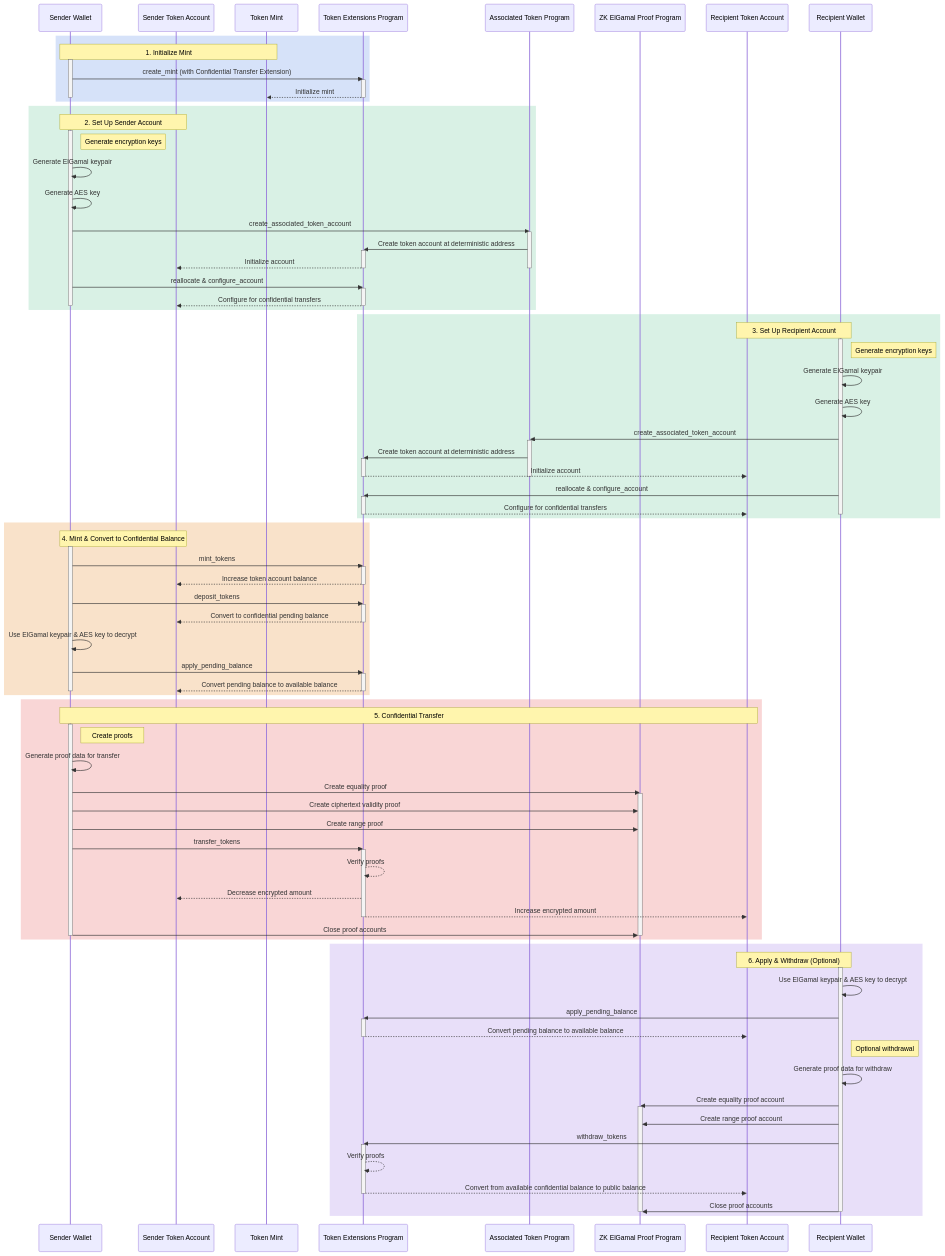
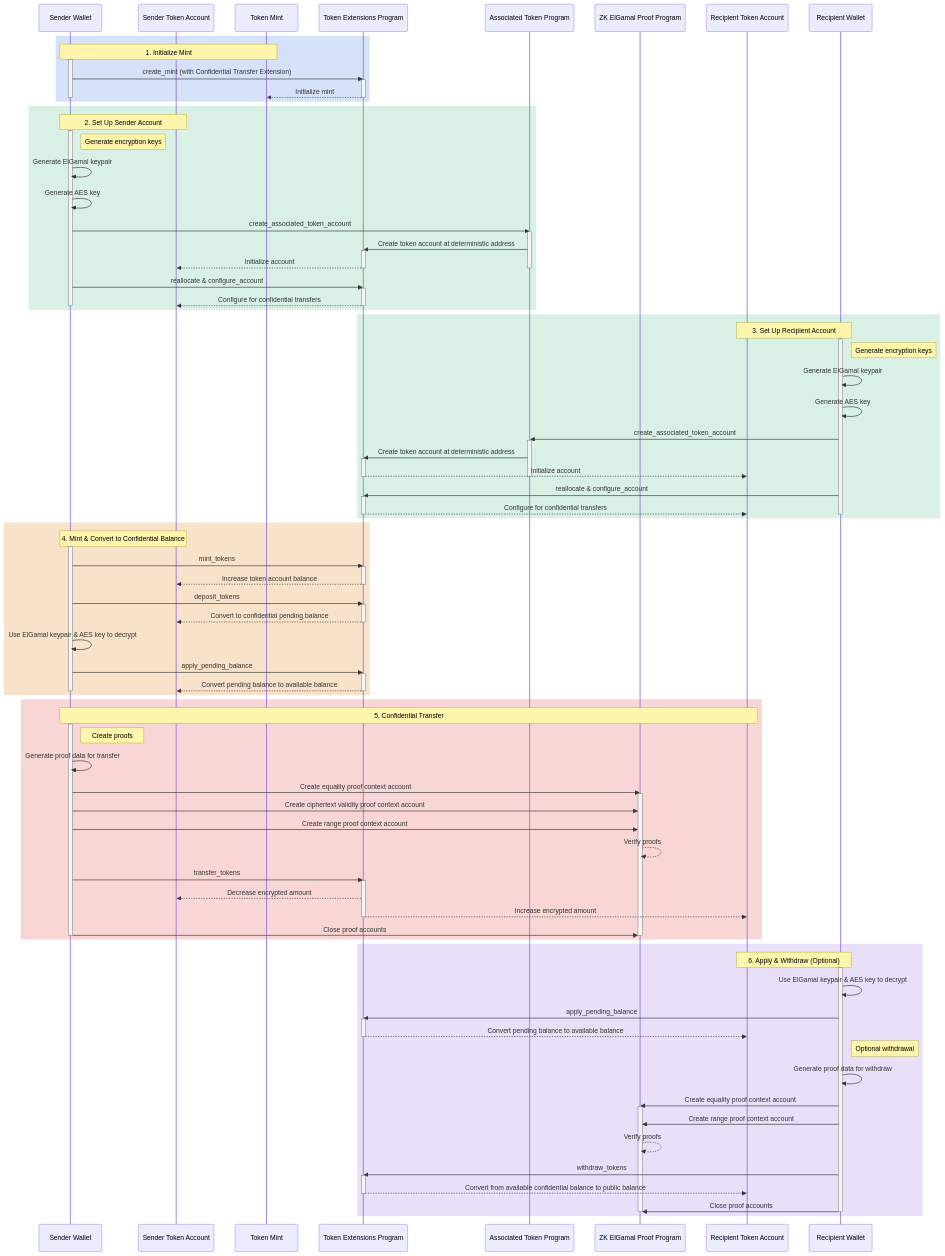
One commit to solana-foundation/solana-com changed the second of 2 diagrams in content/docs/tokens/extensions/confidential-transfer/index.mdx. Above: the diagram before and after it, drawn with Mermaid. The commit also changed other lines of this file and 6 other files, not shown here.

````diff
--- a/content/docs/tokens/extensions/confidential-transfer/index.mdx
+++ b/content/docs/tokens/extensions/confidential-transfer/index.mdx
@@ -113,4 +104,4 @@
-```mermaid title="Confidential Transfer Detailed Sequence"
+```mermaid title="Confidential Transfer Detailed Overview"
 sequenceDiagram
     participant Sender as Sender Wallet
     participant SenderAccount as Sender Token Account
@@ -207,14 +198,14 @@
     Note right of Sender: Create proofs
     Sender->>Sender: Generate proof data for transfer
 
-    Sender->>ElGamal: Create equality proof
+    Sender->>ElGamal: Create equality proof context account
     activate ElGamal
-    Sender->>ElGamal: Create ciphertext validity proof
-    Sender->>ElGamal: Create range proof
+    Sender->>ElGamal: Create ciphertext validity proof context account
+    Sender->>ElGamal: Create range proof context account
+    ElGamal-->>ElGamal: Verify proofs
 
     Sender->>Token22: transfer_tokens
     activate Token22
-    Token22-->>Token22: Verify proofs
     Token22-->>SenderAccount: Decrease encrypted amount
     Token22-->>RecipientAccount: Increase encrypted amount
     deactivate Token22
@@ -237,13 +228,13 @@
     Note right of Recipient: Optional withdrawal
     Recipient->>Recipient: Generate proof data for withdraw
 
-    Recipient->>ElGamal: Create equality proof account
+    Recipient->>ElGamal: Create equality proof context account
     activate ElGamal
-    Recipient->>ElGamal: Create range proof account
+    Recipient->>ElGamal: Create range proof context account
+    ElGamal-->>ElGamal: Verify proofs
 
     Recipient->>Token22: withdraw_tokens
     activate Token22
-    Token22-->>Token22: Verify proofs
     Token22-->>RecipientAccount: Convert from available confidential balance to public balance
     deactivate Token22
 
````
